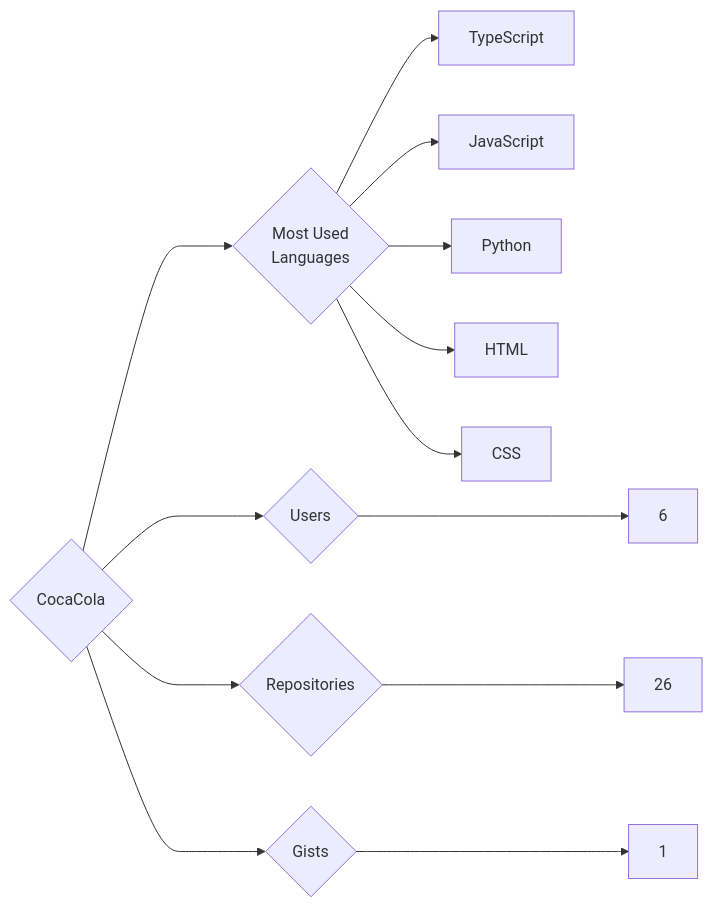
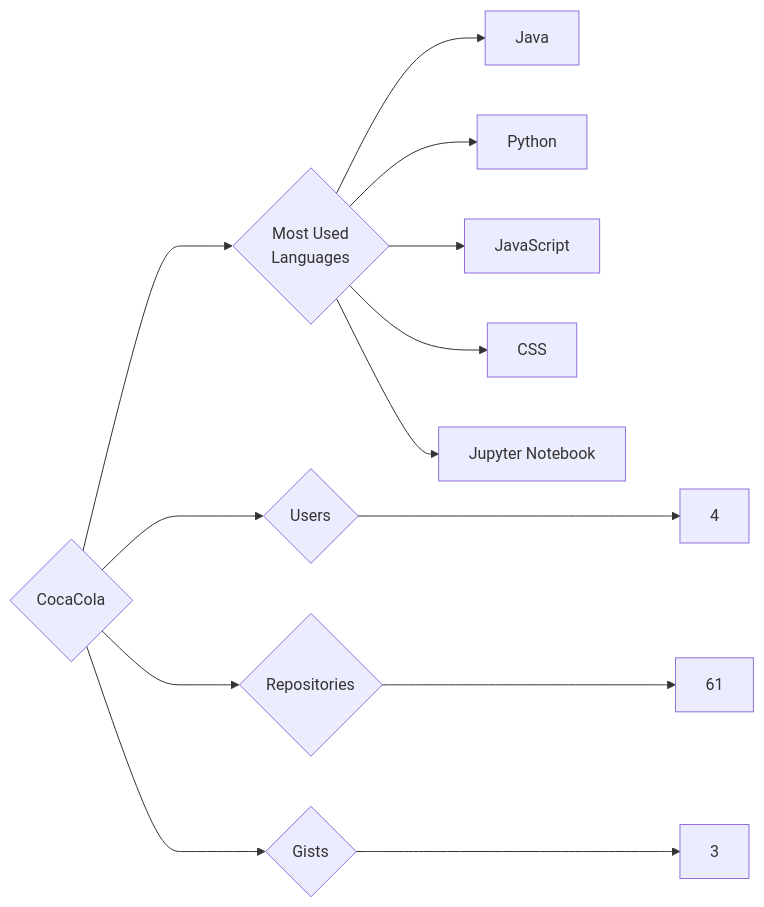
Before and after one commit to trickest/insiders: the diagram in targets/CocaCola/README.md, drawn with Mermaid. The commit also changed 899 other files, not shown here.

````diff
--- a/targets/CocaCola/README.md
+++ b/targets/CocaCola/README.md
@@ -3,13 +3,13 @@
 ```mermaid
 graph LR
 COMPANY_NAME{CocaCola}
-COMPANY_NAME ---> U{Users} ---> UN[6]
-COMPANY_NAME ---> R{Repositories} ---> RN[26]
-COMPANY_NAME ---> G{Gists} ---> GN[1]
+COMPANY_NAME ---> U{Users} ---> UN[4]
+COMPANY_NAME ---> R{Repositories} ---> RN[61]
+COMPANY_NAME ---> G{Gists} ---> GN[3]
 COMPANY_NAME ---> ML{Most Used<br>Languages}
-ML --> TypeScript[TypeScript]
+ML --> Java[Java]
+ML --> Python[Python]
 ML --> JavaScript[JavaScript]
-ML --> Python[Python]
-ML --> HTML[HTML]
 ML --> CSS[CSS]
+ML --> Jupyter_Notebook[Jupyter Notebook]
 ```
````
